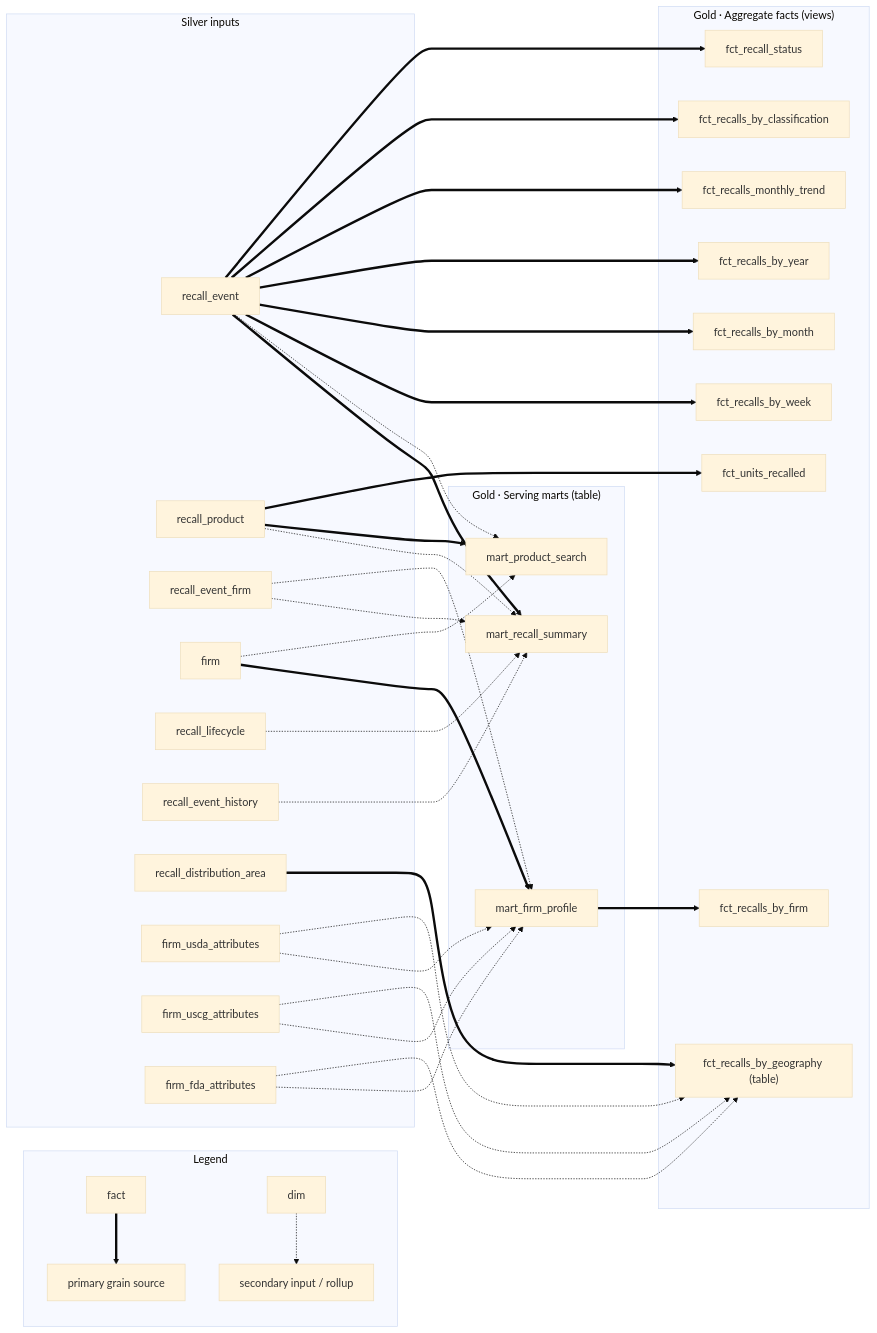
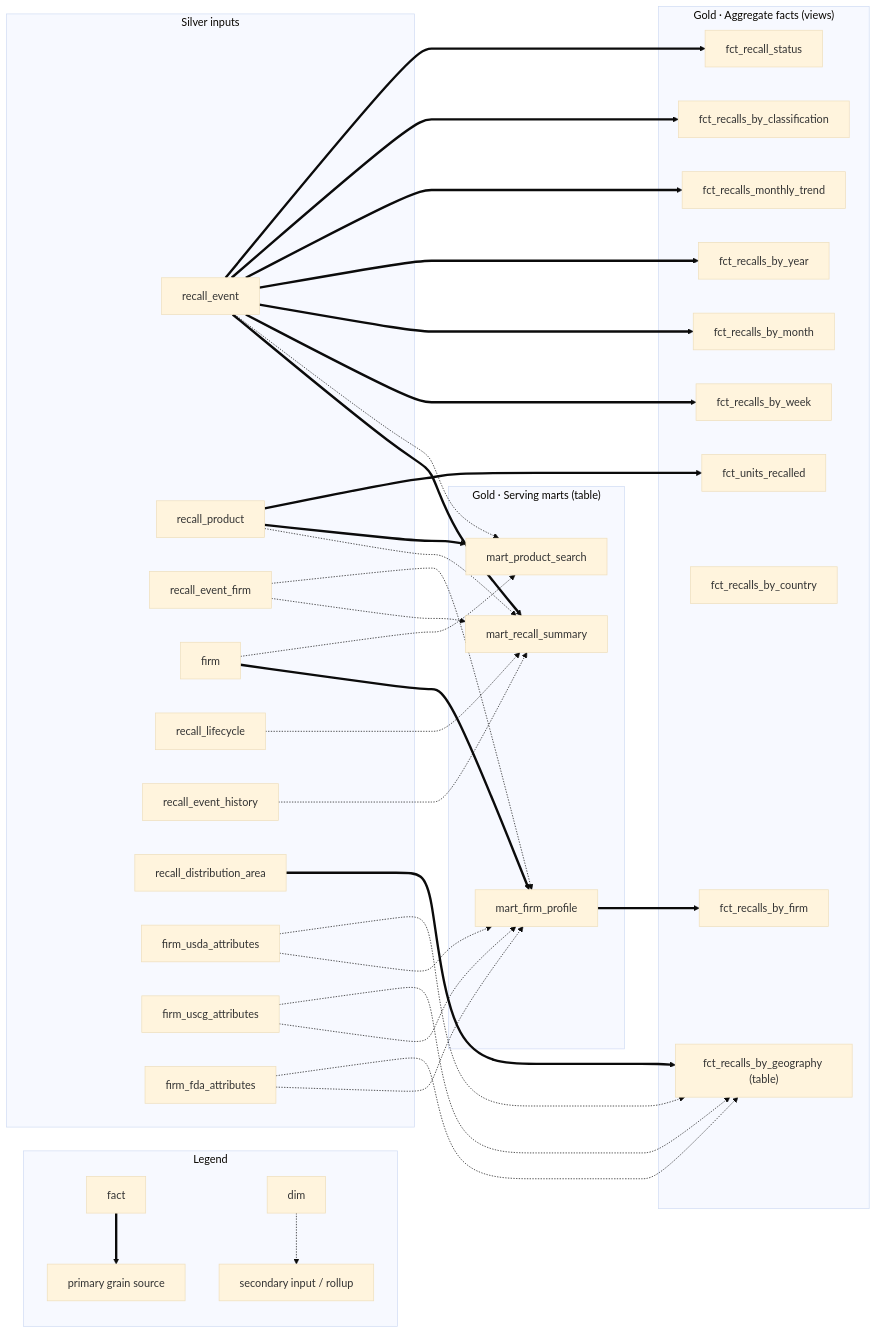
One commit to justanesta/consumer-product-recalls changed the fourth of 4 diagrams in documentation/database_overview.md. Above: the diagram before and after it, drawn with Mermaid (base theme). The commit also changed other lines of this file and 6 other files, not shown here.

First line of the commit message:
feat(gold): fct_recalls_by_country world-map fact

````diff
--- a/documentation/database_overview.md
+++ b/documentation/database_overview.md
@@ -414,67 +417,68 @@
 ```mermaid
 flowchart LR
     subgraph LEGEND["Legend"]
         gl1["fact"] ==> gl2["primary grain source"]
         gl3["dim"] -.-> gl4["secondary input / rollup"]
     end
 
     subgraph SILVER["Silver inputs"]
         re["recall_event"]
         rp["recall_product"]
         ref["recall_event_firm"]
         firm["firm"]
         rel["recall_lifecycle"]
         reh["recall_event_history"]
         rda["recall_distribution_area"]
         fea["firm_usda_attributes"]
         fma["firm_uscg_attributes"]
         ffa["firm_fda_attributes"]
     end
 
     subgraph MART["Gold · Serving marts (table)"]
         mrs["mart_recall_summary"]
         mfp["mart_firm_profile"]
         mps["mart_product_search"]
     end
 
     subgraph FCT["Gold · Aggregate facts (views)"]
         f_wk["fct_recalls_by_week"]
         f_mo["fct_recalls_by_month"]
         f_yr["fct_recalls_by_year"]
         f_tr["fct_recalls_monthly_trend"]
         f_cl["fct_recalls_by_classification"]
         f_st["fct_recall_status"]
         f_geo["fct_recalls_by_geography (table)"]
+        f_co["fct_recalls_by_country"]
         f_un["fct_units_recalled"]
         f_fm["fct_recalls_by_firm"]
     end
 
     %% serving marts (primary grain ==> ; rollups/joins -.->)
     re ==> mrs
     rp -.-> mrs
     ref -.-> mrs
     rel -.-> mrs
     reh -.-> mrs
     firm ==> mfp
     ref -.-> mfp
     fea -.-> mfp
     fma -.-> mfp
     ffa -.-> mfp
     rp ==> mps
     re -.-> mps
     firm -.-> mps
 
     %% aggregate facts
     re ==> f_wk
     re ==> f_mo
     re ==> f_yr
     re ==> f_tr
     re ==> f_cl
     re ==> f_st
     rp ==> f_un
     rda ==> f_geo
     fea -.-> f_geo
     fma -.-> f_geo
     ffa -.-> f_geo
     mfp ==> f_fm
 ```
````
